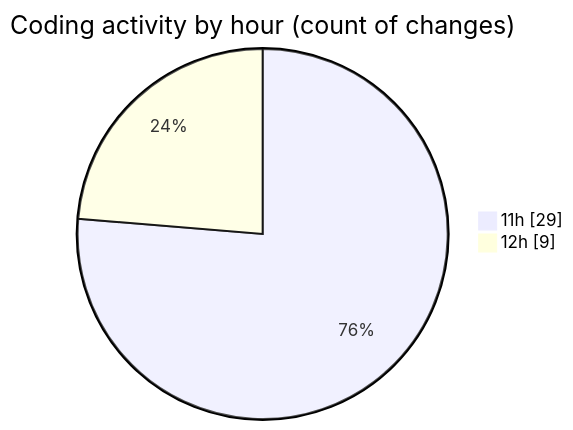
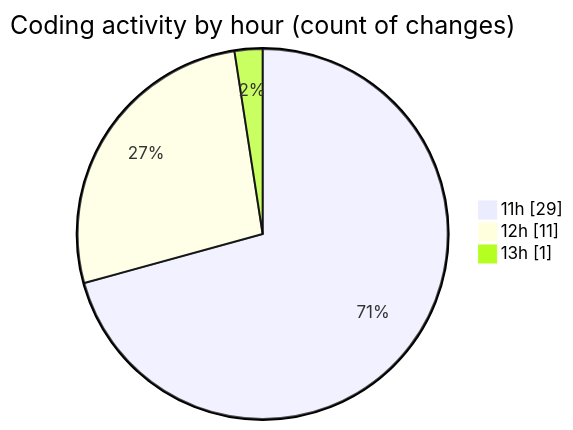
Before and after one commit to nxtqubesakshisongat/code-tracking: the second of 2 diagrams in 2025-11-05/nxtqube_webapp/README.md, drawn with Mermaid. The commit also changed other lines of this file and 1 other file, not shown here.

````diff
--- a/2025-11-05/nxtqube_webapp/README.md
+++ b/2025-11-05/nxtqube_webapp/README.md
@@ -36,6 +36,7 @@
 ```mermaid
 pie showData
 title Coding activity by hour (count of changes)
 "11h" : 29
-"12h" : 9
+"12h" : 11
+"13h" : 1
 ```
````
